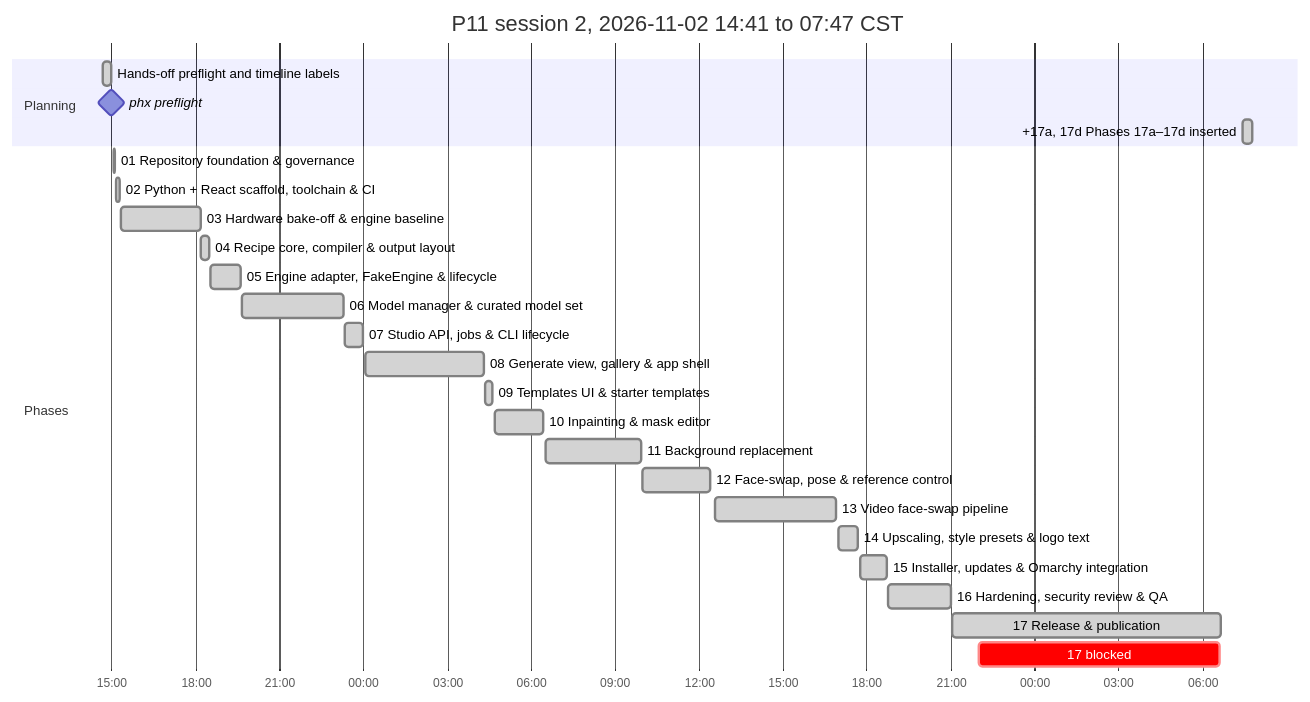
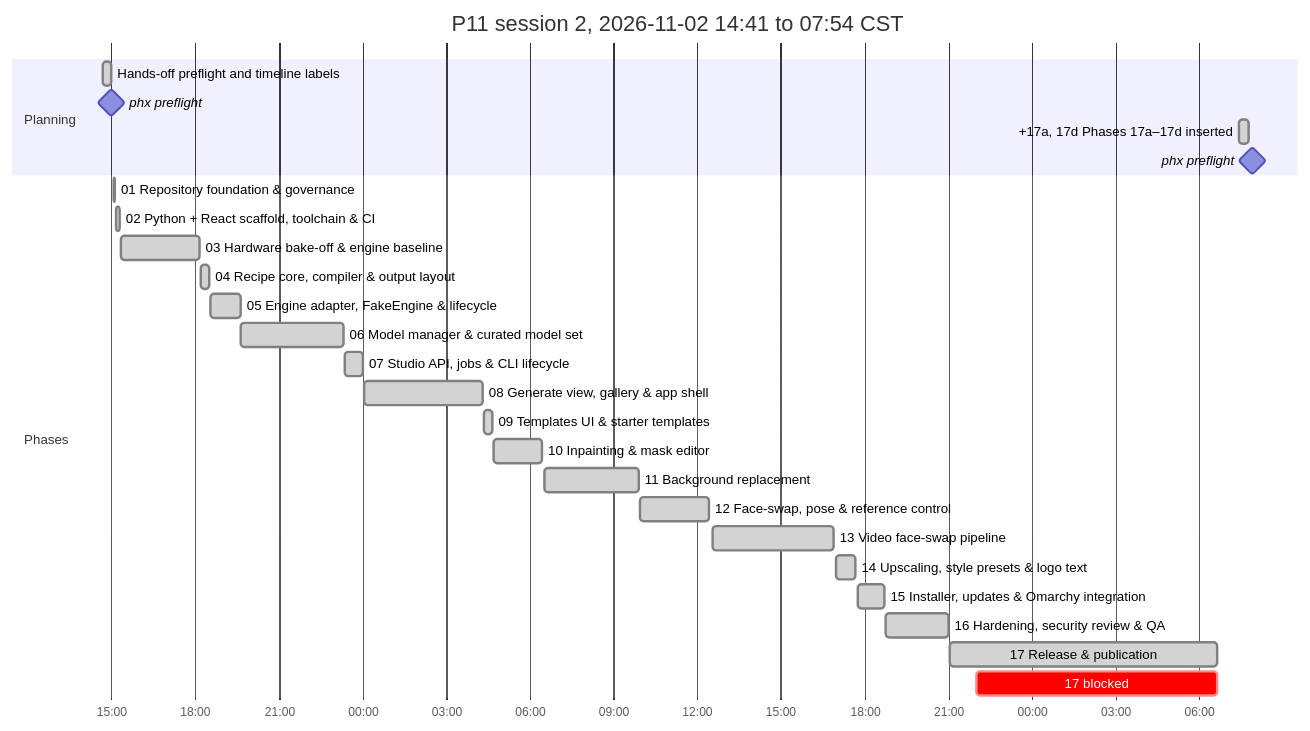
The second of 2 diagrams in P11_IMPLEMENTATION_PLAN.md (antonizick/project1111), drawn with Mermaid before and after one commit. The commit also changed other lines of this file and 2 other files, not shown here.

Commit message:
docs(plan): refresh timeline

````diff
--- a/P11_IMPLEMENTATION_PLAN.md
+++ b/P11_IMPLEMENTATION_PLAN.md
@@ -79,29 +79,30 @@
 ```mermaid
 gantt
-    title P11 session 2, 2026-11-02 14:41 to 07:47 CST
+    title P11 session 2, 2026-11-02 14:41 to 07:54 CST
     dateFormat YYYY-MM-DD HH:mm
     axisFormat %H:%M
     section Planning
     Hands-off preflight and timeline labels :done, plan3, 2026-11-02 14:41, 2026-11-02 14:59
     phx preflight :milestone, pf13ee0d5, 2026-11-02 15:00, 0m
     +17a, 17d Phases 17a–17d inserted :done, plan4, 2026-11-04 07:25, 2026-11-04 07:47
+    phx preflight :milestone, pf19ebe39, 2026-11-04 07:54, 0m
     section Phases
     01 Repository foundation & governance :done, p01s2, 2026-11-02 15:05, 2026-11-02 15:08
     02 Python + React scaffold, toolchain & CI :done, p02s2, 2026-11-02 15:09, 2026-11-02 15:18
     03 Hardware bake-off & engine baseline :done, p03s2, 2026-11-02 15:19, 2026-11-02 18:10
     04 Recipe core, compiler & output layout :done, p04s2, 2026-11-02 18:12, 2026-11-02 18:30
     05 Engine adapter, FakeEngine & lifecycle :done, p05s2, 2026-11-02 18:32, 2026-11-02 19:37
     06 Model manager & curated model set :done, p06s2, 2026-11-02 19:39, 2026-11-02 23:18
     07 Studio API, jobs & CLI lifecycle :done, p07s2, 2026-11-02 23:21, 2026-11-03 00:00
     08 Generate view, gallery & app shell :done, p08s2, 2026-11-03 00:03, 2026-11-03 04:18
     09 Templates UI & starter templates :done, p09s2, 2026-11-03 04:21, 2026-11-03 04:38
     10 Inpainting & mask editor :done, p10s2, 2026-11-03 04:41, 2026-11-03 06:25
     11 Background replacement :done, p11s2, 2026-11-03 06:31, 2026-11-03 09:55
     12 Face-swap, pose & reference control :done, p12s2, 2026-11-03 09:58, 2026-11-03 12:25
     13 Video face-swap pipeline :done, p13s2, 2026-11-03 12:34, 2026-11-03 16:54
     14 Upscaling, style presets & logo text :done, p14s2, 2026-11-03 16:58, 2026-11-03 17:41
     15 Installer, updates & Omarchy integration :done, p15s2, 2026-11-03 17:45, 2026-11-03 18:42
     16 Hardening, security review & QA :done, p16s2, 2026-11-03 18:46, 2026-11-03 21:00
     17 Release & publication :done, p17s2, 2026-11-03 21:04, 2026-11-04 06:39
     17 blocked :crit, p17w1s2, 2026-11-03 22:01, 2026-11-04 06:38
 ```
````
